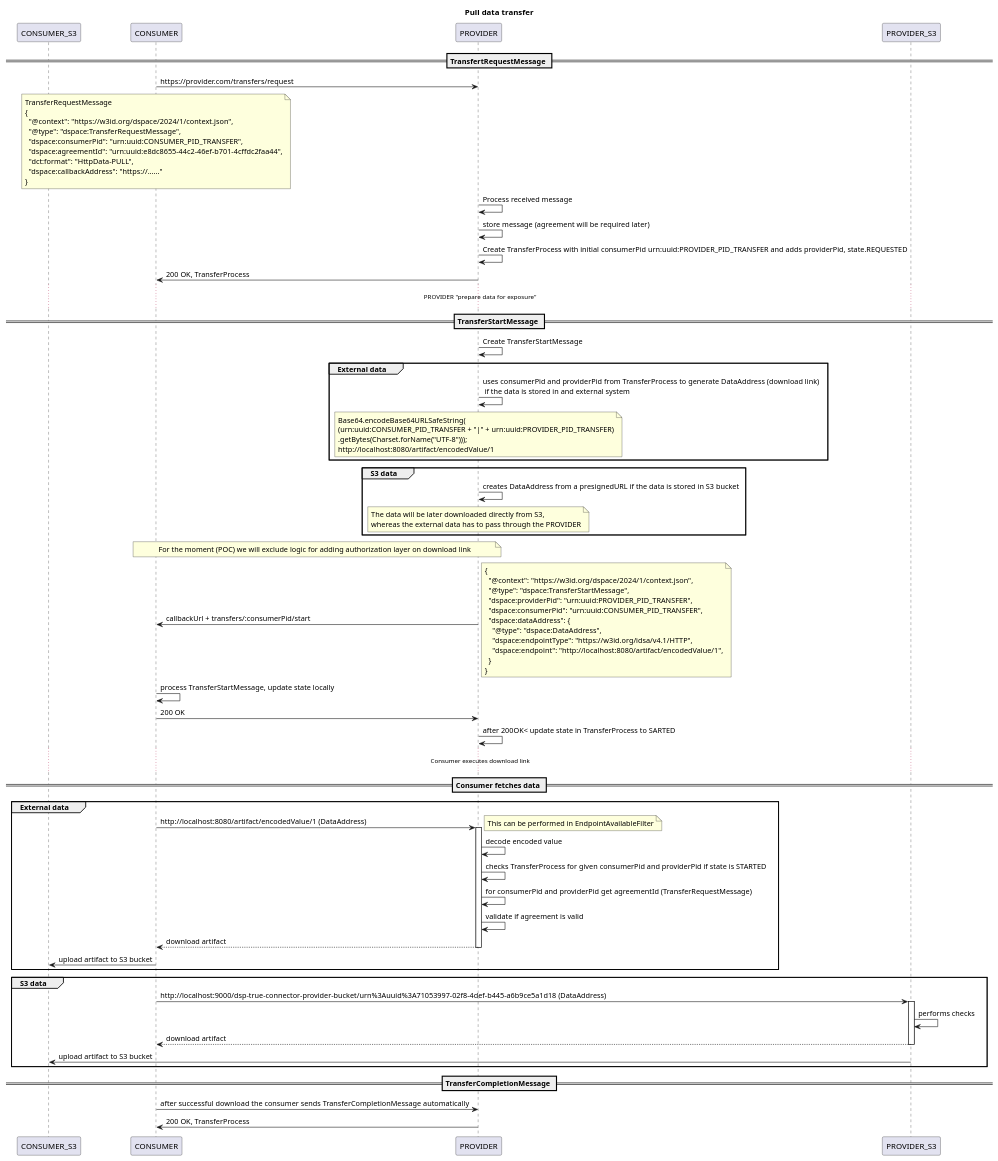
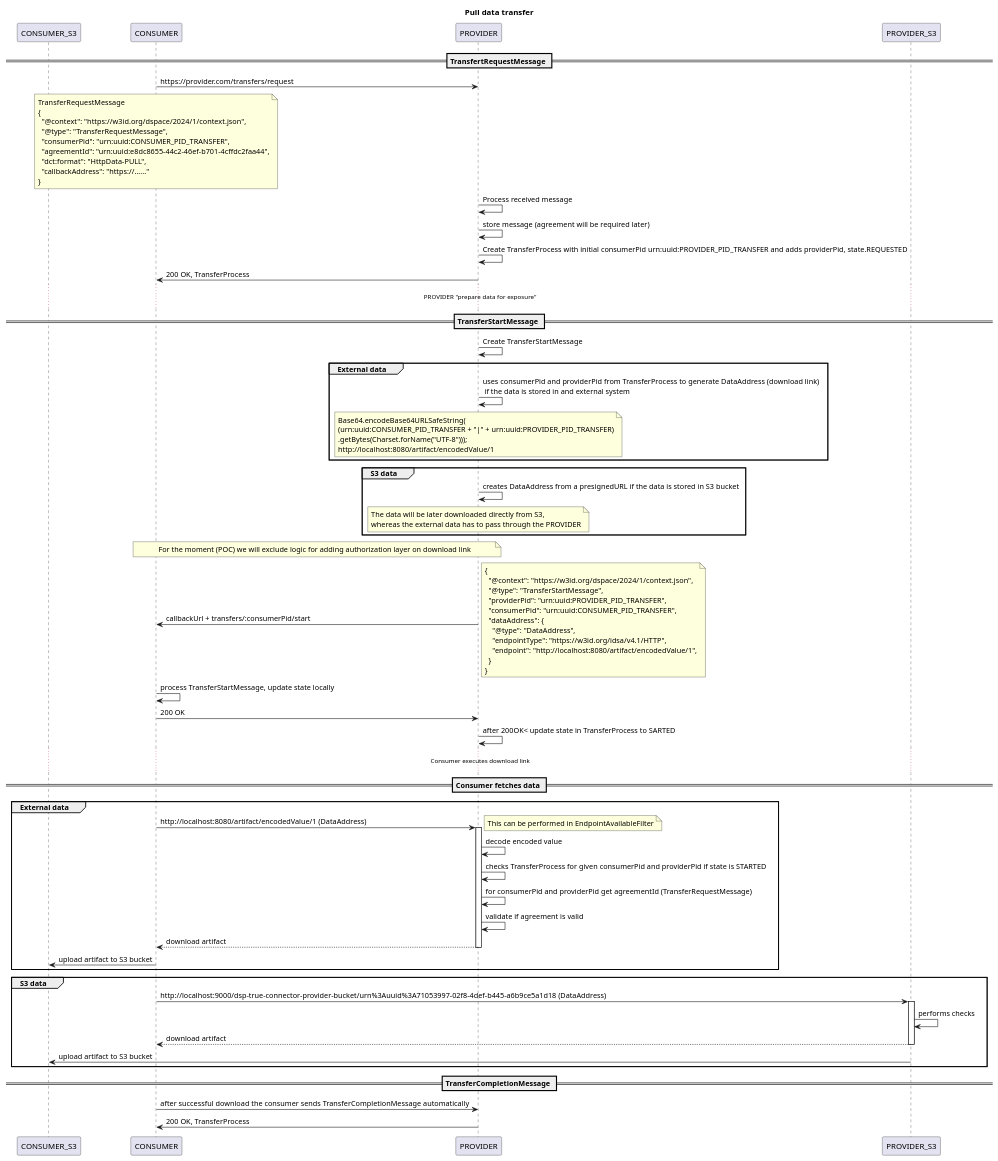
Before and after one commit to Engineering-Research-and-Development/dsp-true-connector: the diagram in data-transfer/doc/diagrams/pull_data_transfer.puml, drawn with PlantUML. The commit also changed 18 other files, not shown here.

```diff
--- a/data-transfer/doc/diagrams/pull_data_transfer.puml
+++ b/data-transfer/doc/diagrams/pull_data_transfer.puml
@@ -1,105 +1,105 @@
 @startuml
 
 TITLE Pull data transfer
 
 participant CONSUMER_S3 as cs3
 participant CONSUMER as c
 participant PROVIDER as p
 participant PROVIDER_S3 as ps3
 
 == TransfertRequestMessage ==
 
 c->p : https://provider.com/transfers/request
 note over c
 TransferRequestMessage
 {
   "@context":  "https://w3id.org/dspace/2024/1/context.json",
-  "@type": "dspace:TransferRequestMessage",
-  "dspace:consumerPid": "urn:uuid:CONSUMER_PID_TRANSFER",
-  "dspace:agreementId": "urn:uuid:e8dc8655-44c2-46ef-b701-4cffdc2faa44",
+  "@type": "TransferRequestMessage",
+  "consumerPid": "urn:uuid:CONSUMER_PID_TRANSFER",
+  "agreementId": "urn:uuid:e8dc8655-44c2-46ef-b701-4cffdc2faa44",
   "dct:format": "HttpData-PULL",
-  "dspace:callbackAddress": "https://......"
+  "callbackAddress": "https://......"
 }
 end note
 
 p->p: Process received message
 p->p: store message (agreement will be required later)
 p->p: Create TransferProcess with initial consumerPid urn:uuid:PROVIDER_PID_TRANSFER and adds providerPid, state.REQUESTED
 p->c: 200 OK, TransferProcess
 
 ...PROVIDER "prepare data for exposure"...
 
 == TransferStartMessage ==
 p->p: Create TransferStartMessage
 group External data
 p->p: uses consumerPid and providerPid from TransferProcess to generate DataAddress (download link) \n if the data is stored in and external system
 
 note over p
 Base64.encodeBase64URLSafeString(
 (urn:uuid:CONSUMER_PID_TRANSFER + "|" + urn:uuid:PROVIDER_PID_TRANSFER)
 .getBytes(Charset.forName("UTF-8")));
 http://localhost:8080/artifact/encodedValue/1
 end note
 end
 group S3 data
 p->p: creates DataAddress from a presignedURL if the data is stored in S3 bucket
 
 note over p
 The data will be later downloaded directly from S3,
 whereas the external data has to pass through the PROVIDER
 end note
 end
 
 note over c, p
 For the moment (POC) we will exclude logic for adding authorization layer on download link
 end note
 
 p->c : callbackUrl + transfers/:consumerPid/start
 note right
 {
   "@context":  "https://w3id.org/dspace/2024/1/context.json",
-  "@type": "dspace:TransferStartMessage",
-  "dspace:providerPid": "urn:uuid:PROVIDER_PID_TRANSFER",
-  "dspace:consumerPid": "urn:uuid:CONSUMER_PID_TRANSFER",
-  "dspace:dataAddress": {
-    "@type": "dspace:DataAddress",
-    "dspace:endpointType": "https://w3id.org/idsa/v4.1/HTTP",
-    "dspace:endpoint": "http://localhost:8080/artifact/encodedValue/1",
+  "@type": "TransferStartMessage",
+  "providerPid": "urn:uuid:PROVIDER_PID_TRANSFER",
+  "consumerPid": "urn:uuid:CONSUMER_PID_TRANSFER",
+  "dataAddress": {
+    "@type": "DataAddress",
+    "endpointType": "https://w3id.org/idsa/v4.1/HTTP",
+    "endpoint": "http://localhost:8080/artifact/encodedValue/1",
   }
 }
 end note
 
 c->c : process TransferStartMessage, update state locally
 c->p : 200 OK
 p->p: after 200OK< update state in TransferProcess to SARTED
 
 ...Consumer executes download link...
 
 == Consumer fetches data ==
 
 group External data
 c->p ++: http://localhost:8080/artifact/encodedValue/1 (DataAddress)
 note right
 This can be performed in EndpointAvailableFilter
 end note
 p->p: decode encoded value
 p->p: checks TransferProcess for given consumerPid and providerPid if state is STARTED
 p->p: for consumerPid and providerPid get agreementId (TransferRequestMessage)
 p->p: validate if agreement is valid
 return download artifact
 c->cs3 : upload artifact to S3 bucket
 end
 
 group S3 data
 c->ps3 ++: http://localhost:9000/dsp-true-connector-provider-bucket/urn%3Auuid%3A71053997-02f8-4def-b445-a6b9ce5a1d18 (DataAddress)
 ps3->ps3: performs checks
 return download artifact
 ps3->cs3 : upload artifact to S3 bucket
 end
 
 == TransferCompletionMessage ==
 
 c->p: after successful download the consumer sends TransferCompletionMessage automatically
 p->c: 200 OK, TransferProcess
 
 @enduml
```
